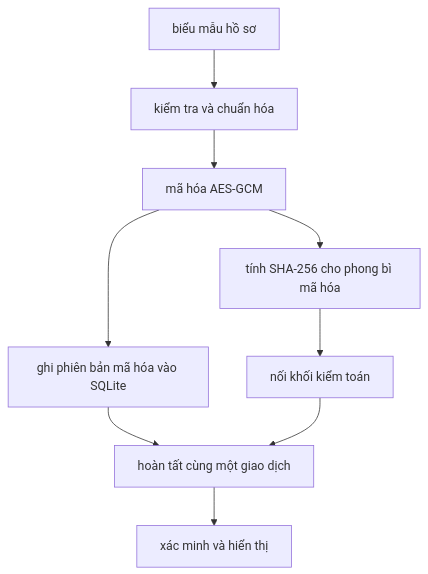
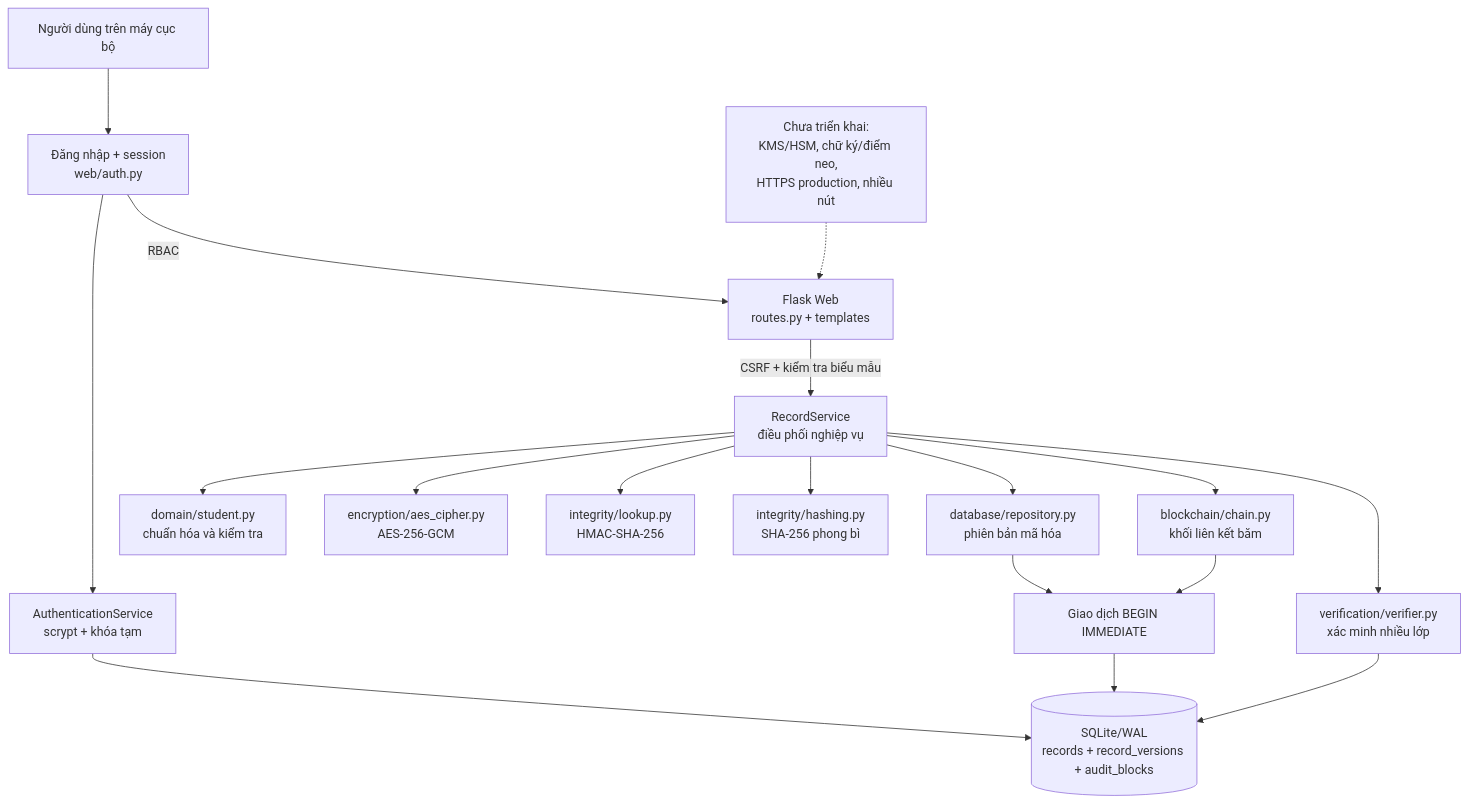
One commit to hv6z/secure_student_record_blockchain changed the diagram in README.md. Above: the diagram before and after it, drawn with Mermaid. The commit also changed other lines of this file and 1 other file, not shown here.

````diff
--- a/README.md
+++ b/README.md
@@ -19,11 +40,23 @@
 ```mermaid
-flowchart TD
-    A["biểu mẫu hồ sơ"] --> B["kiểm tra và chuẩn hóa"]
-    B --> C["mã hóa AES-GCM"]
-    C --> D["ghi phiên bản mã hóa vào SQLite"]
-    C --> E["tính SHA-256 cho phong bì mã hóa"]
-    E --> F["nối khối kiểm toán"]
-    D --> G["hoàn tất cùng một giao dịch"]
-    F --> G
-    G --> H["xác minh và hiển thị"]
+flowchart TB
+    U["Người dùng trên máy cục bộ"] --> A0["Đăng nhập + session<br/>web/auth.py"]
+    A0 --> A1["AuthenticationService<br/>scrypt + khóa tạm"]
+    A1 --> DB
+    A0 -->|"RBAC"| W["Flask Web<br/>routes.py + templates"]
+    W -->|"CSRF + kiểm tra biểu mẫu"| S["RecordService<br/>điều phối nghiệp vụ"]
+
+    S --> D["domain/student.py<br/>chuẩn hóa và kiểm tra"]
+    S --> A["encryption/aes_cipher.py<br/>AES-256-GCM"]
+    S --> L["integrity/lookup.py<br/>HMAC-SHA-256"]
+    S --> H["integrity/hashing.py<br/>SHA-256 phong bì"]
+    S --> R["database/repository.py<br/>phiên bản mã hóa"]
+    S --> C["blockchain/chain.py<br/>khối liên kết băm"]
+    S --> V["verification/verifier.py<br/>xác minh nhiều lớp"]
+
+    R --> T["Giao dịch BEGIN IMMEDIATE"]
+    C --> T
+    T --> DB[("SQLite/WAL<br/>records + record_versions + audit_blocks")]
+    V --> DB
+
+    N["Chưa triển khai:<br/>KMS/HSM, chữ ký/điểm neo,<br/>HTTPS production, nhiều nút"] -.-> W
 ```
````
